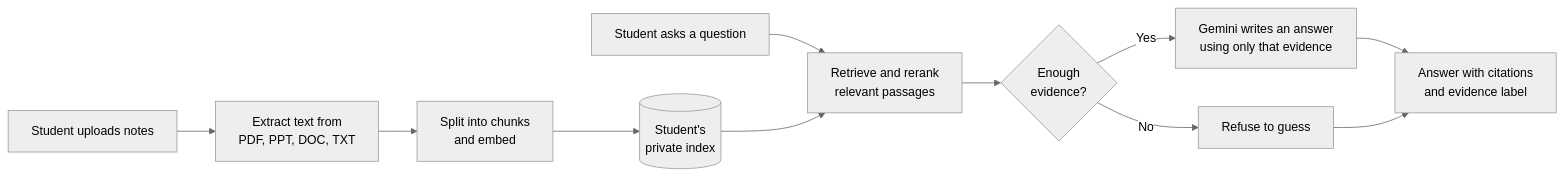
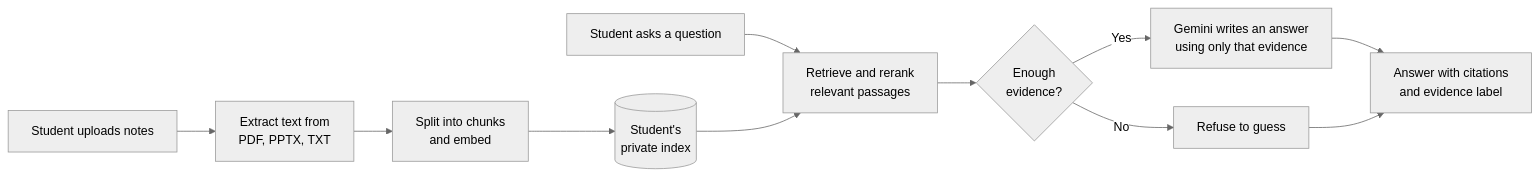
One commit to HaroonBangash/Coursepilot changed the diagram in README.md. Above: the diagram before and after it, drawn with Mermaid (neutral theme). The commit also changed 10 other files, not shown here.

````diff
--- a/README.md
+++ b/README.md
@@ -67,13 +67,13 @@
 ```mermaid
 flowchart LR
-    A[Student uploads notes] --> B[Extract text from<br/>PDF, PPT, DOC, TXT]
+    A[Student uploads notes] --> B[Extract text from<br/>PDF, PPTX, TXT]
     B --> C[Split into chunks<br/>and embed]
     C --> D[(Student's<br/>private index)]
     E[Student asks a question] --> F[Retrieve and rerank<br/>relevant passages]
     D --> F
     F --> G{Enough<br/>evidence?}
     G -- Yes --> H[Gemini writes an answer<br/>using only that evidence]
     G -- No --> I[Refuse to guess]
     H --> J[Answer with citations<br/>and evidence label]
     I --> J
 ```
````
